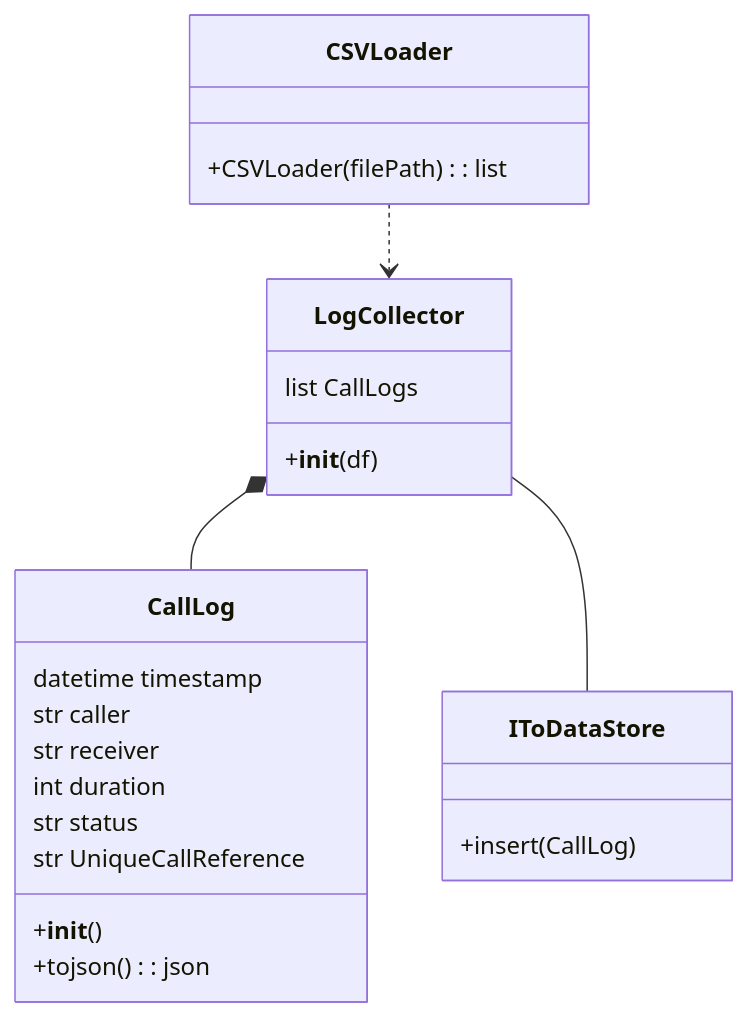
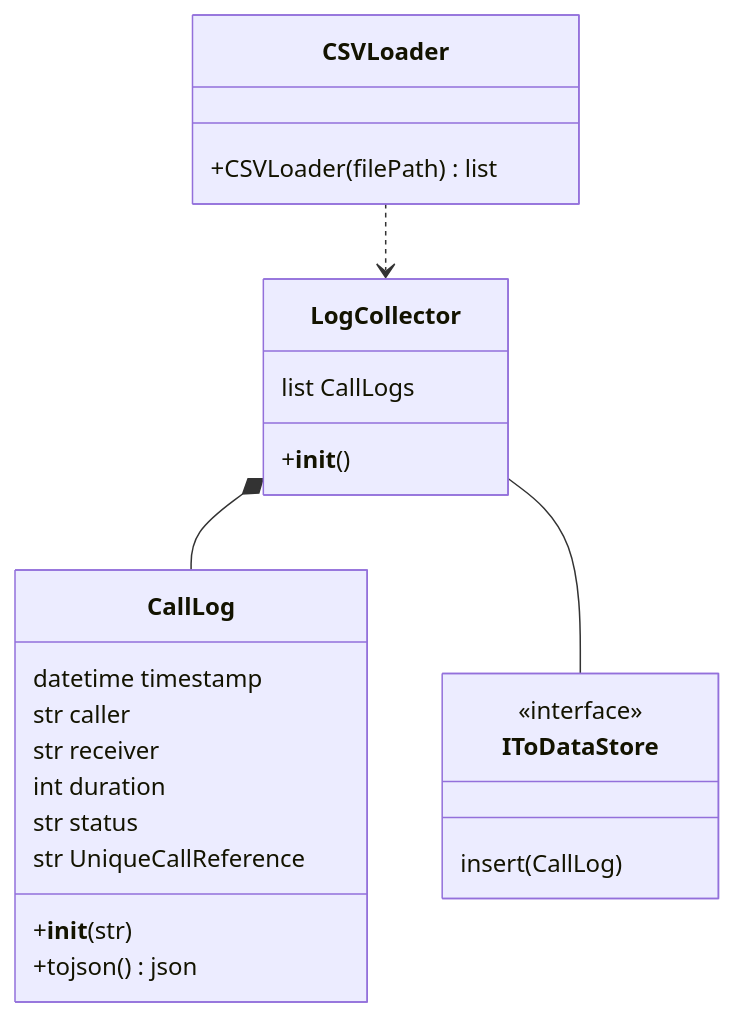
Before and after one commit to Davide-OttoneCasagrande/Call-Log-Handler: the first of 2 diagrams in docs/drs.md, drawn with Mermaid. The commit also changed other lines of this file, not shown here.

Commit message:
Added sequence diagram to drs.md

```diff
--- a/docs/drs.md
+++ b/docs/drs.md
@@ -90,30 +90,31 @@
 ::: mermaid
 classDiagram
     CSVLoader ..> LogCollector
     LogCollector *-- CallLog
     LogCollector -- IToDataStore
 
     class CSVLoader {
-        +CSVLoader(filePath): list
+        +CSVLoader(filePath) list
     }
 
     class LogCollector {
         list CallLogs 
-        +__init__(df)
+        +__init__()
     }
 
     class CallLog {
         datetime timestamp
         str caller
         str receiver
         int duration
         str status
         str UniqueCallReference
-        +__init__()
-        +tojson(): json
+        +__init__(str)
+        +tojson() json
     }
 
-    class IToDataStore {
-    +insert(CallLog)
-    }
+    class IToDataStore
+    <<interface>> IToDataStore
+    IToDataStore : insert(CallLog)
+    
 :::
```
